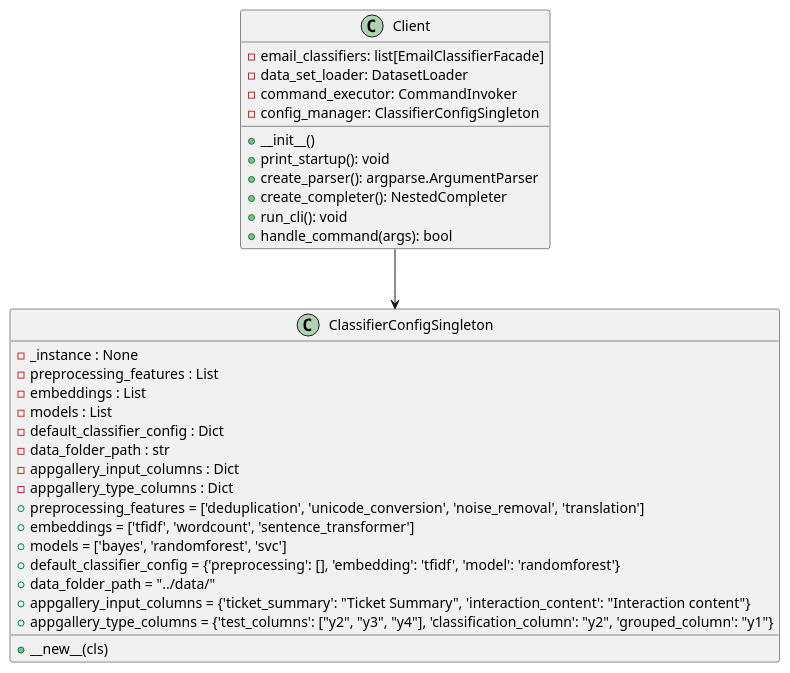
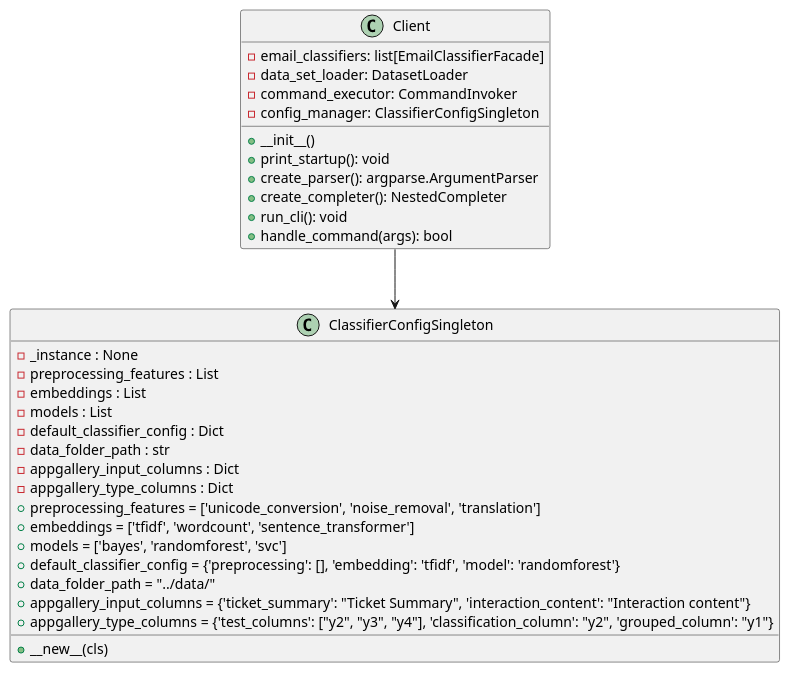
Before and after one commit to chrnas/email-classifier: the diagram in uml/singelton_pattern.wsd, drawn with PlantUML. The commit also changed 4 other files, not shown here.

```diff
--- a/uml/singelton_pattern.wsd
+++ b/uml/singelton_pattern.wsd
@@ -1,37 +1,37 @@
 @startuml
 
 class ClassifierConfigSingleton {
     - _instance : None
     - preprocessing_features : List
     - embeddings : List
     - models : List
     - default_classifier_config : Dict
     - data_folder_path : str
     - appgallery_input_columns : Dict
     - appgallery_type_columns : Dict
     + __new__(cls)
-    + preprocessing_features = ['deduplication', 'unicode_conversion', 'noise_removal', 'translation']
+    + preprocessing_features = ['unicode_conversion', 'noise_removal', 'translation']
     + embeddings = ['tfidf', 'wordcount', 'sentence_transformer']
     + models = ['bayes', 'randomforest', 'svc']
     + default_classifier_config = {'preprocessing': [], 'embedding': 'tfidf', 'model': 'randomforest'}
     + data_folder_path = "../data/"
     + appgallery_input_columns = {'ticket_summary': "Ticket Summary", 'interaction_content': "Interaction content"}
     + appgallery_type_columns = {'test_columns': ["y2", "y3", "y4"], 'classification_column': "y2", 'grouped_column': "y1"}
 }
 
 class Client {
     - email_classifiers: list[EmailClassifierFacade]
     - data_set_loader: DatasetLoader
     - command_executor: CommandInvoker
     + __init__()
     + print_startup(): void
     + create_parser(): argparse.ArgumentParser
     + create_completer(): NestedCompleter
     + run_cli(): void
     + handle_command(args): bool
     - config_manager: ClassifierConfigSingleton
 }
 
 Client --> ClassifierConfigSingleton
 
 @enduml
```
